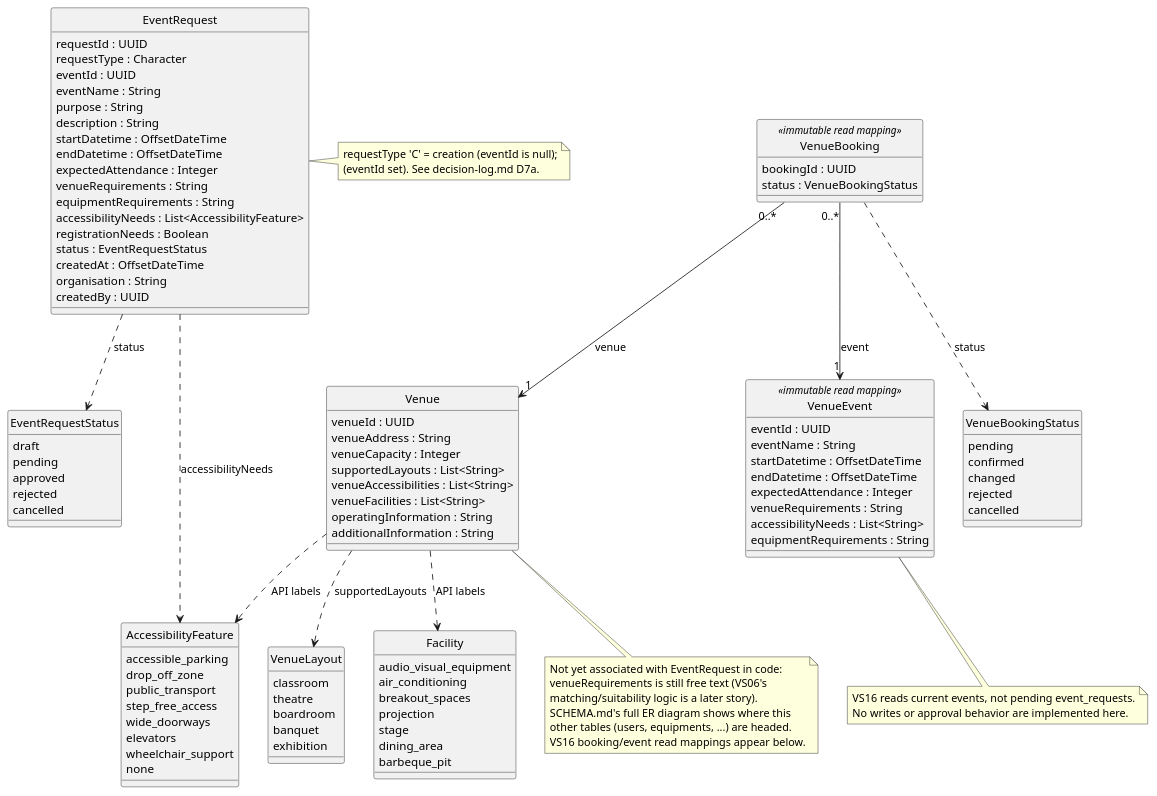
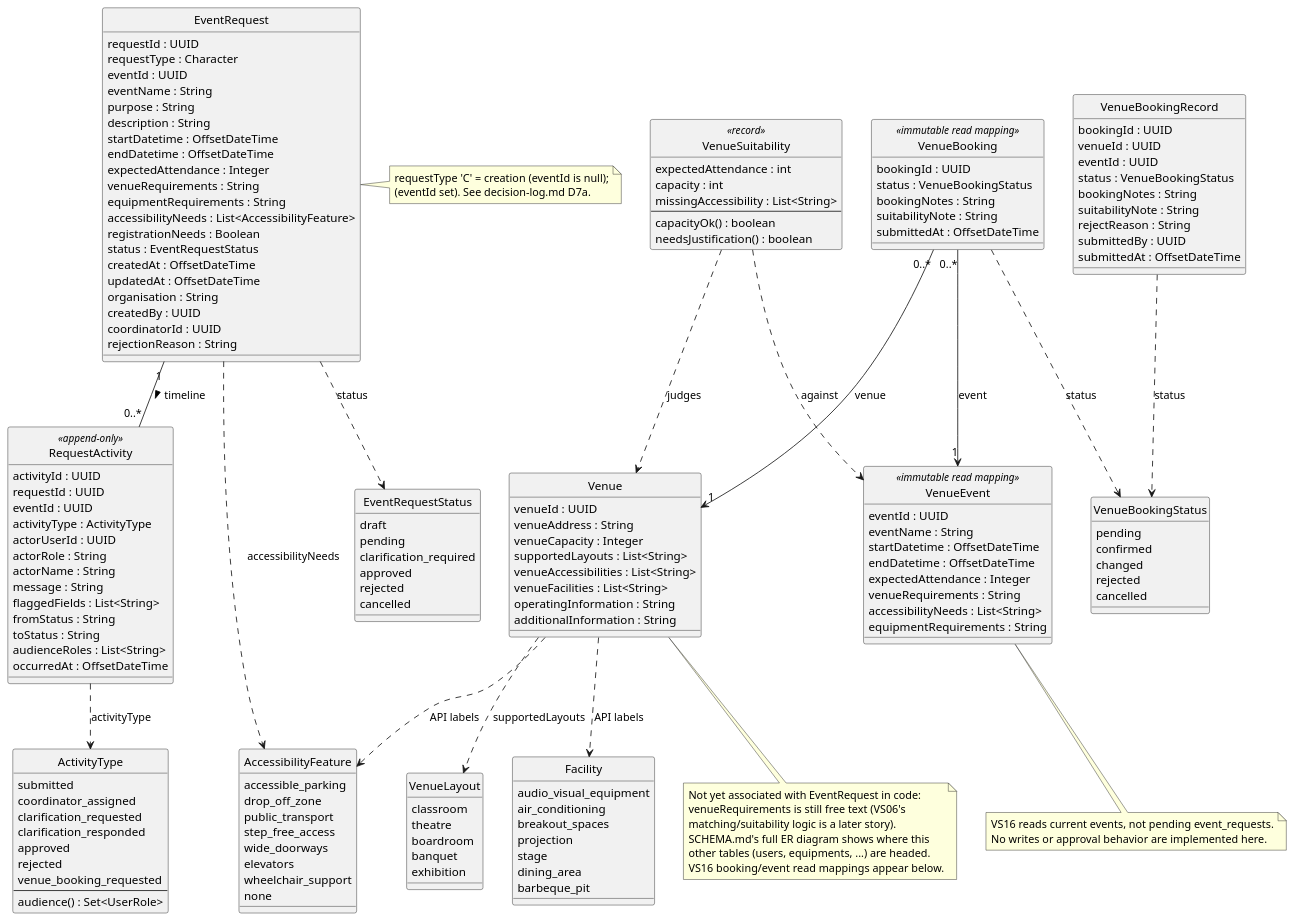
One commit to spikeypear-bot/cSphere changed the diagram in docs/class-diagram.puml. Above: the diagram before and after it, drawn with PlantUML. The commit also changed 88 other files, not shown here.

First line of the commit message:
feat: EC01/EC02/EO26/EC03 review, clarification loop and venue booking requests

```diff
--- a/docs/class-diagram.puml
+++ b/docs/class-diagram.puml
@@ -25,6 +25,7 @@
 enum EventRequestStatus {
   draft
   pending
+  clarification_required
   approved
   rejected
   cancelled
@@ -75,8 +76,11 @@
   registrationNeeds : Boolean
   status : EventRequestStatus
   createdAt : OffsetDateTime
+  updatedAt : OffsetDateTime
   organisation : String
   createdBy : UUID
+  coordinatorId : UUID
+  rejectionReason : String
 }
 
 class Venue {
@@ -128,6 +132,9 @@
 class VenueBooking <<immutable read mapping>> {
   bookingId : UUID
   status : VenueBookingStatus
+  bookingNotes : String
+  suitabilityNote : String
+  submittedAt : OffsetDateTime
 }
 
 enum VenueBookingStatus {
@@ -138,6 +145,70 @@
   cancelled
 }
 
+' ---- D21 (V13): request timeline and EC03 booking requests ----------
+
+' Its own class rather than fields on EventRequest: each entry carries
+' its own data (who, when, message, status change), which is the Week 5
+' rule for giving an association its own class. Plain association, not
+' composition: entries are append-only history, never cascaded or edited.
+class RequestActivity <<append-only>> {
+  activityId : UUID
+  requestId : UUID
+  eventId : UUID
+  activityType : ActivityType
+  actorUserId : UUID
+  actorRole : String
+  actorName : String
+  message : String
+  flaggedFields : List<String>
+  fromStatus : String
+  toStatus : String
+  audienceRoles : List<String>
+  occurredAt : OffsetDateTime
+}
+
+enum ActivityType {
+  submitted
+  coordinator_assigned
+  clarification_requested
+  clarification_responded
+  approved
+  rejected
+  venue_booking_requested
+  --
+  audience() : Set<UserRole>
+}
+
+EventRequest "1" -- "0..*" RequestActivity : timeline >
+RequestActivity ..> ActivityType : activityType
+
+' EC03 write side of venue_bookings, separate from VS16's read model.
+class VenueBookingRecord {
+  bookingId : UUID
+  venueId : UUID
+  eventId : UUID
+  status : VenueBookingStatus
+  bookingNotes : String
+  suitabilityNote : String
+  rejectReason : String
+  submittedBy : UUID
+  submittedAt : OffsetDateTime
+}
+
+' Value object: how one venue fits one event (capacity, accessibility).
+class VenueSuitability <<record>> {
+  expectedAttendance : int
+  capacity : int
+  missingAccessibility : List<String>
+  --
+  capacityOk() : boolean
+  needsJustification() : boolean
+}
+
+VenueBookingRecord ..> VenueBookingStatus : status
+VenueSuitability ..> Venue : judges
+VenueSuitability ..> VenueEvent : against
+
 VenueBooking "0..*" --> "1" Venue : venue
 VenueBooking "0..*" --> "1" VenueEvent : event
 VenueBooking ..> VenueBookingStatus : status
```
